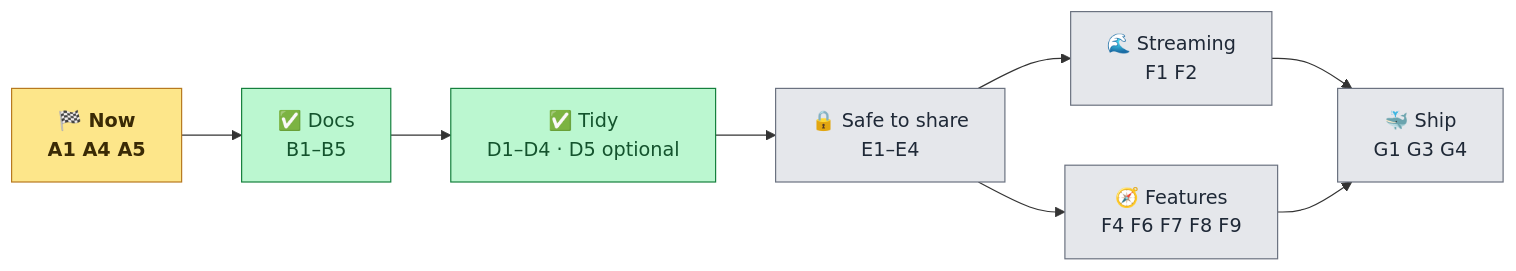
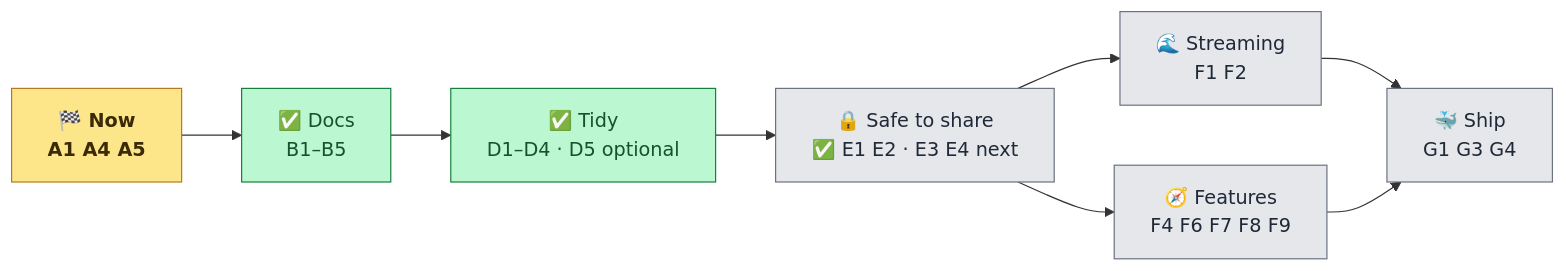
Before and after one commit to anurag-joshi-1403/Multi-Agent-AI-Platform: the third of 3 diagrams in BACKEND_STATUS.md, drawn with Mermaid. The commit also changed other lines of this file and 3 other files, not shown here.

````diff
--- a/BACKEND_STATUS.md
+++ b/BACKEND_STATUS.md
@@ -211,15 +212,15 @@
 ```mermaid
 flowchart LR
     classDef now fill:#fde68a,stroke:#b7791f,color:#3a2a05,font-weight:bold
     classDef later fill:#e5e7eb,stroke:#6b7280,color:#1f2937
     classDef done fill:#bbf7d0,stroke:#15803d,color:#14532d
     N["🏁 Now<br/>A1 A4 A5"] --> DOC["✅ Docs<br/>B1–B5"] --> HK["✅ Tidy<br/>D1–D4 · D5 optional"]
-    HK --> SAFE["🔒 Safe to share<br/>E1–E4"]
+    HK --> SAFE["🔒 Safe to share<br/>✅ E1 E2 · E3 E4 next"]
     SAFE --> STR["🌊 Streaming<br/>F1 F2"]
     SAFE --> MORE["🧭 Features<br/>F4 F6 F7 F8 F9"]
     STR --> SHIP["🐳 Ship<br/>G1 G3 G4"]
     MORE --> SHIP
     class N now
     class DOC,HK done
     class SAFE,STR,MORE,SHIP later
 ```
````
